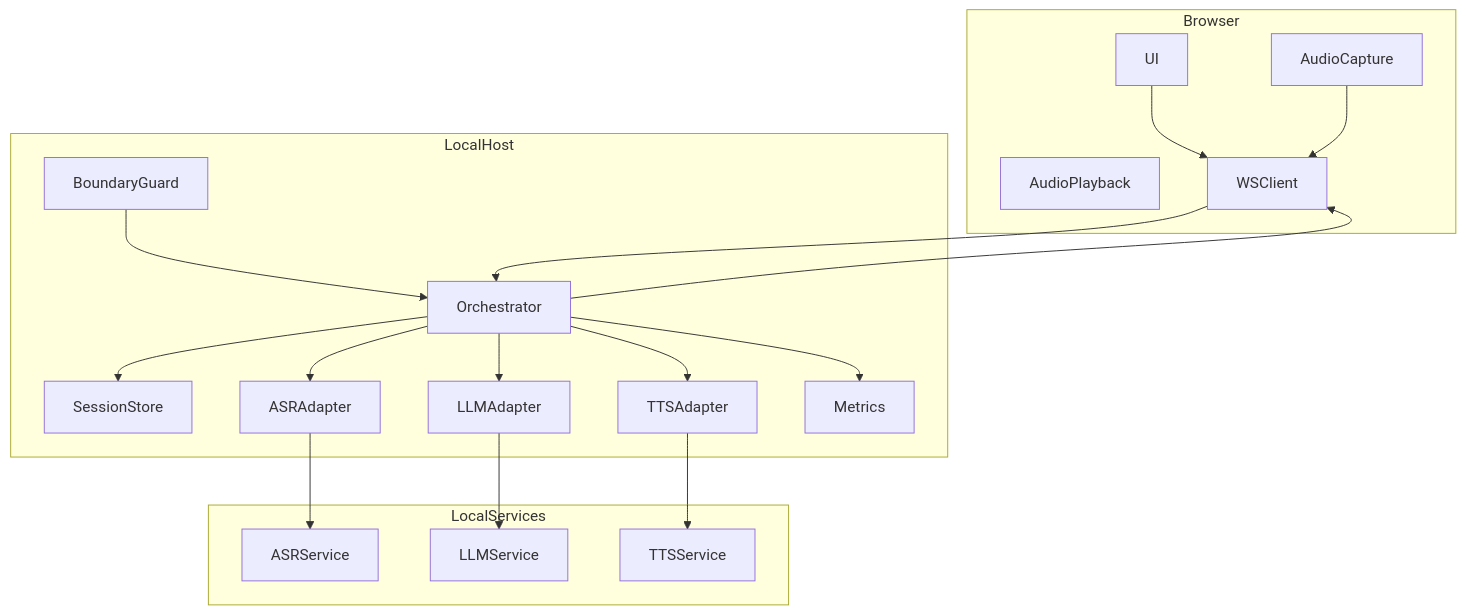
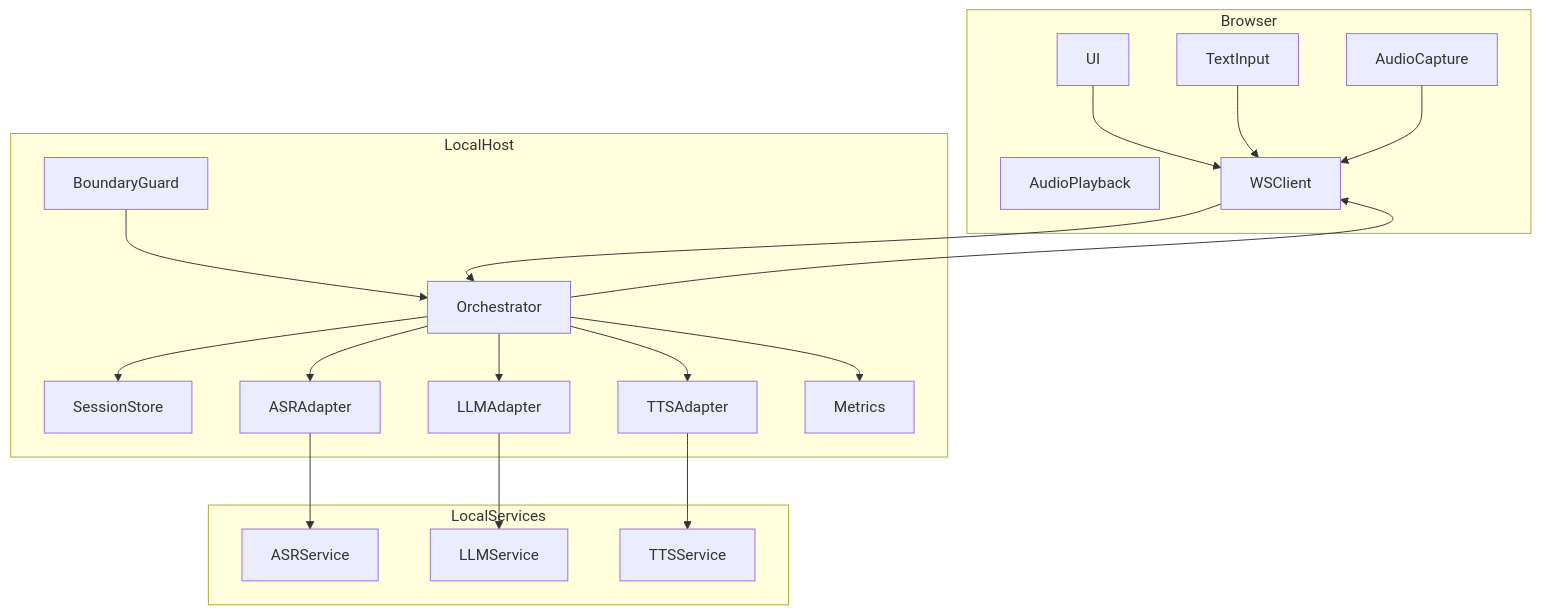
Before and after one commit to n4cl/offline-voice-chat: the first of 5 diagrams in .kiro/specs/voice-chat/design.md, drawn with Mermaid. The commit also changed other lines of this file and 4 other files, not shown here.

````diff
--- a/.kiro/specs/voice-chat/design.md
+++ b/.kiro/specs/voice-chat/design.md
@@ -32,37 +33,39 @@
 ```mermaid
 graph TB
   subgraph Browser
     UI
+    TextInput
     AudioCapture
     AudioPlayback
     WSClient
   end
   subgraph LocalHost
     Orchestrator
     SessionStore
     ASRAdapter
     LLMAdapter
     TTSAdapter
     BoundaryGuard
     Metrics
   end
   subgraph LocalServices
     ASRService
     LLMService
     TTSService
   end
 
   UI --> WSClient
+  TextInput --> WSClient
   AudioCapture --> WSClient
   WSClient --> Orchestrator
   Orchestrator --> SessionStore
   Orchestrator --> ASRAdapter
   Orchestrator --> LLMAdapter
   Orchestrator --> TTSAdapter
   Orchestrator --> Metrics
   BoundaryGuard --> Orchestrator
   ASRAdapter --> ASRService
   LLMAdapter --> LLMService
   TTSAdapter --> TTSService
   Orchestrator --> WSClient
 ```
````
